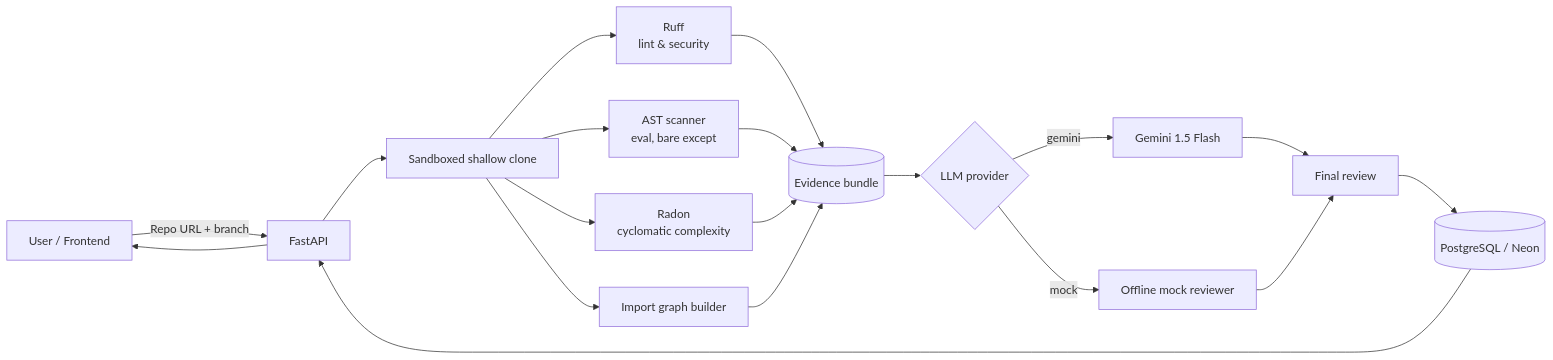
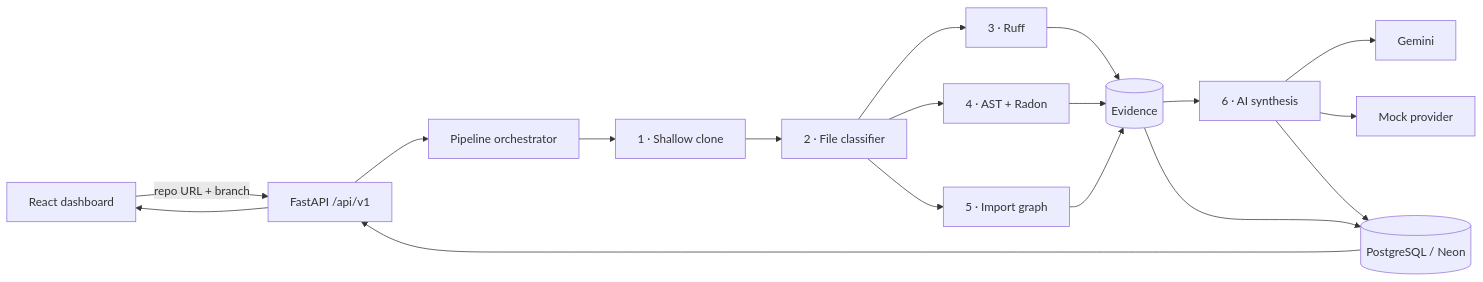
The diagram in README.md (ShashankSingh2020/AI-code-review), drawn with Mermaid before and after one commit. The commit also changed other lines of this file, not shown here.

````diff
--- a/README.md
+++ b/README.md
@@ -45,21 +34,20 @@
 ```mermaid
 flowchart LR
-    U[User / Frontend] -->|Repo URL + branch| API[FastAPI]
-    API --> CL[Sandboxed shallow clone]
-    CL --> RUFF[Ruff<br/>lint & security]
-    CL --> AST[AST scanner<br/>eval, bare except]
-    CL --> RAD[Radon<br/>cyclomatic complexity]
-    CL --> DEP[Import graph builder]
-    RUFF --> EV[(Evidence bundle)]
+    UI[React dashboard] -->|repo URL + branch| API[FastAPI /api/v1]
+    API --> ORCH[Pipeline orchestrator]
+    ORCH --> CL[1 · Shallow clone]
+    CL --> FC[2 · File classifier]
+    FC --> RUFF[3 · Ruff]
+    FC --> AST[4 · AST + Radon]
+    FC --> DEP[5 · Import graph]
+    RUFF --> EV[(Evidence)]
     AST --> EV
-    RAD --> EV
     DEP --> EV
-    EV --> LLM{LLM provider}
-    LLM -->|gemini| G[Gemini 1.5 Flash]
-    LLM -->|mock| M[Offline mock reviewer]
-    G --> REP[Final review]
-    M --> REP
-    REP --> DB[(PostgreSQL / Neon)]
+    EV --> AI[6 · AI synthesis]
+    AI --> G[Gemini]
+    AI --> M[Mock provider]
+    EV --> DB[(PostgreSQL / Neon)]
+    AI --> DB
     DB --> API
-    API --> U
+    API --> UI
 ```
````
